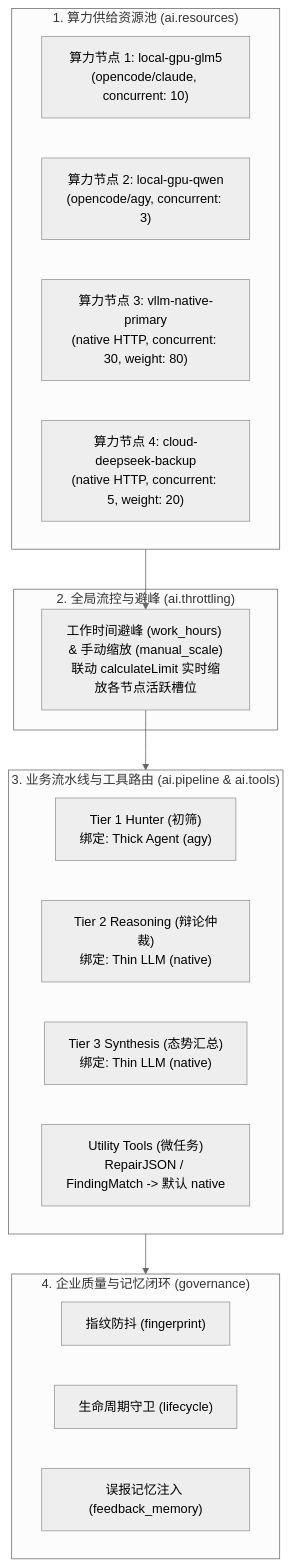
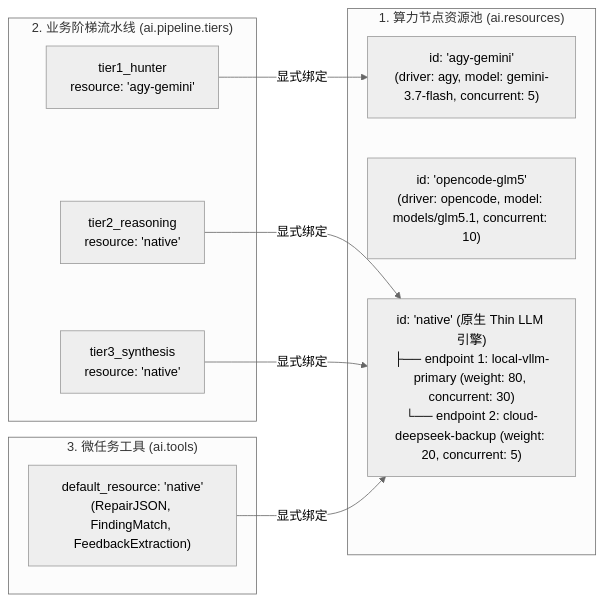
One commit to fugui/code-shield changed the second of 3 diagrams in docs/native-llm-architecture/02-CodeShield-AI执行引擎与企业治理配置架构优化设计.md. Above: the diagram before and after it, drawn with Mermaid (neutral theme). The commit also changed other lines of this file, not shown here.

````diff
--- a/docs/native-llm-architecture/02-CodeShield-AI执行引擎与企业治理配置架构优化设计.md
+++ b/docs/native-llm-architecture/02-CodeShield-AI执行引擎与企业治理配置架构优化设计.md
@@ -59,30 +60,23 @@
 ```mermaid
-graph TD
-    subgraph Layer1 ["1. 算力供给资源池 (ai.resources)"]
-        R1["算力节点 1: local-gpu-glm5<br/>(opencode/claude, concurrent: 10)"]
-        R2["算力节点 2: local-gpu-qwen<br/>(opencode/agy, concurrent: 3)"]
-        R3["算力节点 3: vllm-native-primary<br/>(native HTTP, concurrent: 30, weight: 80)"]
-        R4["算力节点 4: cloud-deepseek-backup<br/>(native HTTP, concurrent: 5, weight: 20)"]
+graph LR
+    subgraph Layer1 ["1. 算力节点资源池 (ai.resources)"]
+        R1["id: 'agy-gemini'<br/>(driver: agy, model: gemini-3.7-flash, concurrent: 5)"]
+        R2["id: 'opencode-glm5'<br/>(driver: opencode, model: models/glm5.1, concurrent: 10)"]
+        R_Native["id: 'native' (原生 Thin LLM 引擎)<br/>├── endpoint 1: local-vllm-primary (weight: 80, concurrent: 30)<br/>└── endpoint 2: cloud-deepseek-backup (weight: 20, concurrent: 5)"]
     end
 
-    subgraph Layer2 ["2. 全局流控与避峰 (ai.throttling)"]
-        Throttle["工作时间避峰 (work_hours) & 手动缩放 (manual_scale)<br/>联动 calculateLimit 实时缩放各节点活跃槽位"]
+    subgraph Layer2 ["2. 业务阶梯流水线 (ai.pipeline.tiers)"]
+        T1["tier1_hunter<br/>resource: 'agy-gemini'"]
+        T2["tier2_reasoning<br/>resource: 'native'"]
+        T3["tier3_synthesis<br/>resource: 'native'"]
     end
 
-    subgraph Layer3 ["3. 业务流水线与工具路由 (ai.pipeline & ai.tools)"]
-        Hunter["Tier 1 Hunter (初筛)<br/>绑定: Thick Agent (agy)"]
-        Judge["Tier 2 Reasoning (辩论仲裁)<br/>绑定: Thin LLM (native)"]
-        Synthesis["Tier 3 Synthesis (态势汇总)<br/>绑定: Thin LLM (native)"]
-        Tools["Utility Tools (微任务)<br/>RepairJSON / FindingMatch -> 默认 native"]
+    subgraph Layer3 ["3. 微任务工具 (ai.tools)"]
+        Tools["default_resource: 'native'<br/>(RepairJSON, FindingMatch, FeedbackExtraction)"]
     end
 
-    subgraph Layer4 ["4. 企业质量与记忆闭环 (governance)"]
-        FP["指纹防抖 (fingerprint)"]
-        LC["生命周期守卫 (lifecycle)"]
-        FM["误报记忆注入 (feedback_memory)"]
-    end
-
-    Layer1 --> Throttle
-    Throttle --> Layer3
-    Layer3 --> Layer4
+    T1 -->|显式绑定| R1
+    T2 -->|显式绑定| R_Native
+    T3 -->|显式绑定| R_Native
+    Tools -->|显式绑定| R_Native
 ```
````
